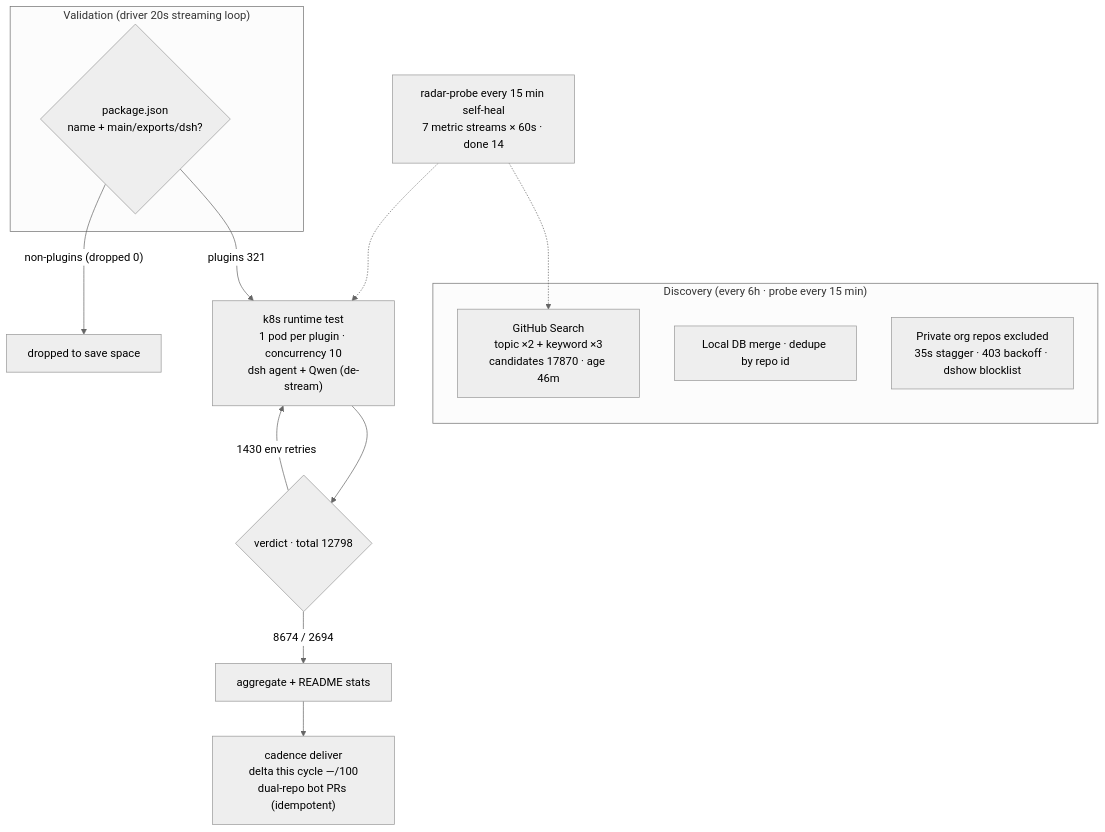
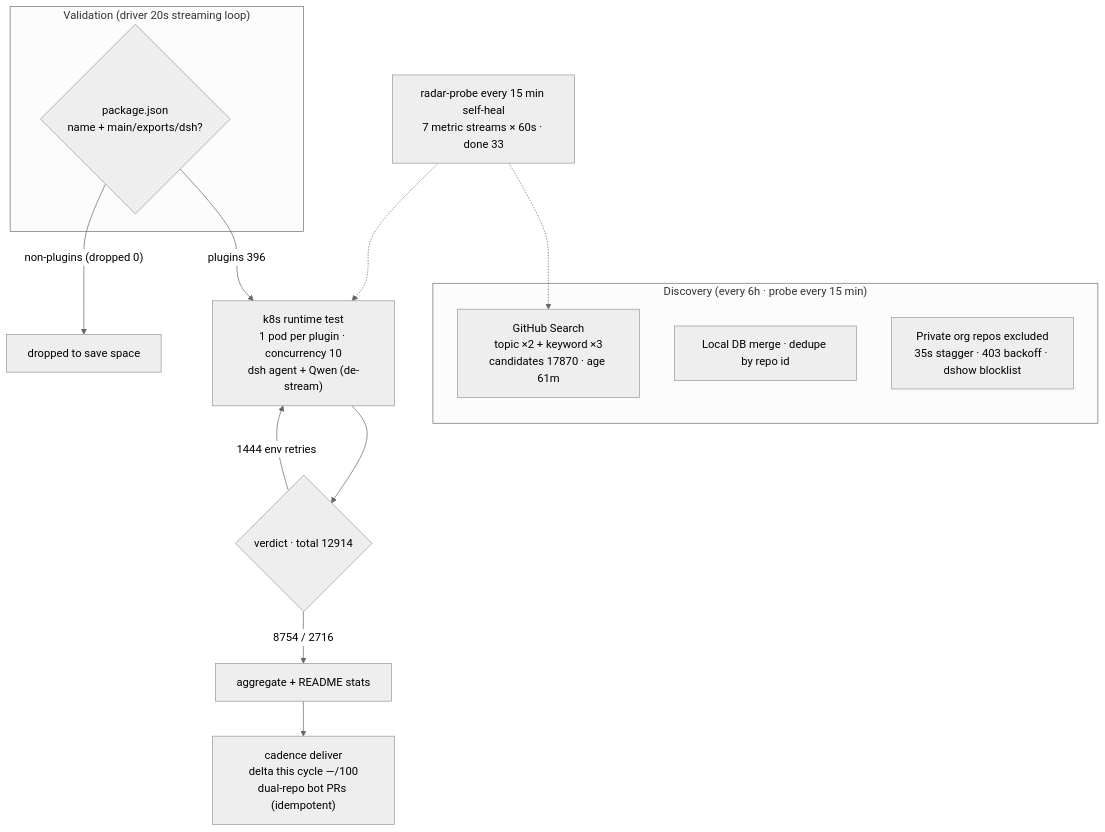
Before and after one commit to AdamPlatin123/awesome-dsh-plugins: the diagram in README.en-US.md, drawn with Mermaid (neutral theme). The commit also changed other lines of this file and 5 other files, not shown here.

````diff
--- a/README.en-US.md
+++ b/README.en-US.md
@@ -45,20 +45,20 @@
 ```mermaid
 flowchart TB
     subgraph Discovery["Discovery (every 6h · probe every 15 min)"]
-        A1["GitHub Search<br/>topic ×2 + keyword ×3<br/>candidates 17870 · age 46m"]
+        A1["GitHub Search<br/>topic ×2 + keyword ×3<br/>candidates 17870 · age 61m"]
         A2["Local DB merge · dedupe by repo id"]
         A3["Private org repos excluded<br/>35s stagger · 403 backoff · dshow blocklist"]
     end
     subgraph Validation["Validation (driver 20s streaming loop)"]
         B1{"package.json<br/>name + main/exports/dsh?"}
     end
-    B1 -->|"plugins 321"| C1["k8s runtime test<br/>1 pod per plugin · concurrency 10<br/>dsh agent + Qwen (de-stream)"]
+    B1 -->|"plugins 396"| C1["k8s runtime test<br/>1 pod per plugin · concurrency 10<br/>dsh agent + Qwen (de-stream)"]
     B1 -->|"non-plugins (dropped 0)"| B3["dropped to save space"]
-    C1 --> D1{"verdict · total 12798"}
-    D1 -->|"8674 / 2694"| E1["aggregate + README stats"]
-    D1 -->|"1430 env retries"| C1
+    C1 --> D1{"verdict · total 12914"}
+    D1 -->|"8754 / 2716"| E1["aggregate + README stats"]
+    D1 -->|"1444 env retries"| C1
     E1 --> E2["cadence deliver<br/>delta this cycle —/100<br/>dual-repo bot PRs (idempotent)"]
-    M["radar-probe every 15 min self-heal<br/>7 metric streams × 60s · done 14"]
+    M["radar-probe every 15 min self-heal<br/>7 metric streams × 60s · done 33"]
     M -.-> A1
     M -.-> C1
 ```
````
